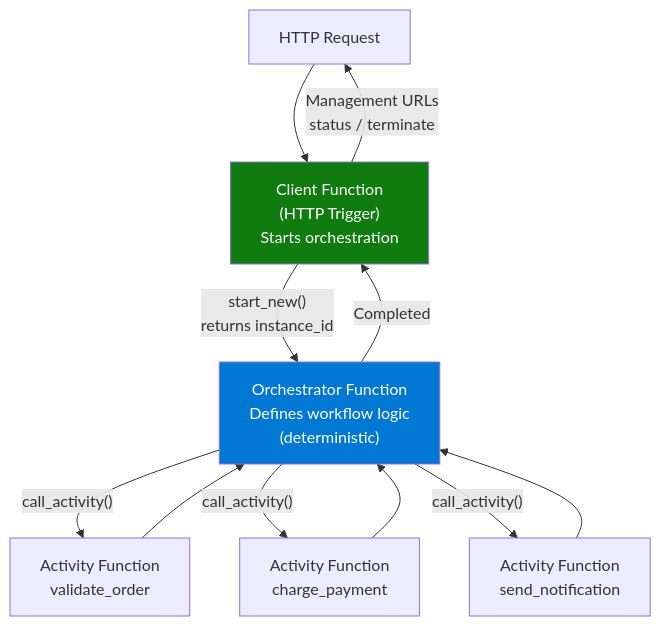
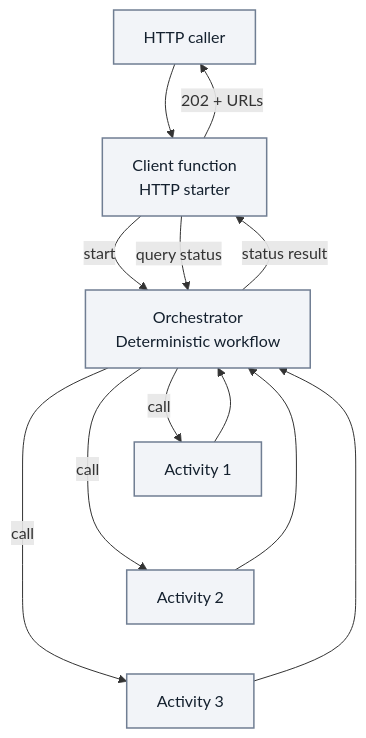
The first of 4 diagrams in docs/language-guides/python/recipes/durable-orchestration.md (yeongseon/azure-functions-practical-guide), drawn with Mermaid before and after one commit. The commit also changed other lines of this file, not shown here.

First line of the commit message:
docs(diagrams): improve Python Durable pattern reading maps

````diff
--- a/docs/language-guides/python/recipes/durable-orchestration.md
+++ b/docs/language-guides/python/recipes/durable-orchestration.md
@@ -60,16 +66,21 @@
 ```mermaid
 flowchart TD
-    HTTP["HTTP Request"] --> CL["Client Function\n(HTTP Trigger)\nStarts orchestration"]
-    CL -->|"start_new()\nreturns instance_id"| ORC["Orchestrator Function\nDefines workflow logic\n(deterministic)"]
-    ORC -->|"call_activity()"| A1["Activity Function\nvalidate_order"]
-    ORC -->|"call_activity()"| A2["Activity Function\ncharge_payment"]
-    ORC -->|"call_activity()"| A3["Activity Function\nsend_notification"]
+    accTitle: Durable workflow roles and asynchronous HTTP management
+    accDescr: An HTTP starter starts a deterministic orchestrator and returns management URLs without waiting for completion. The orchestrator calls activities and receives results. A separate status query retrieves orchestration status.
+    HTTP["HTTP caller"] --> CL["Client function<br/>HTTP starter"]
+    CL -->|"start"| ORC["Orchestrator<br/>Deterministic workflow"]
+    ORC -->|"call"| A1["Activity 1"]
+    ORC -->|"call"| A2["Activity 2"]
+    ORC -->|"call"| A3["Activity 3"]
     A1 --> ORC
     A2 --> ORC
     A3 --> ORC
-    ORC -->|"Completed"| CL
-    CL -->|"Management URLs\nstatus / terminate"| HTTP
-
-    style ORC fill:#0078d4,color:#fff
-    style CL fill:#107c10,color:#fff
+    ORC -->|"status result"| CL
+    CL -->|"202 + URLs"| HTTP
+    CL -->|"query status"| ORC
+    %% Layout-only tiers; add no activity calls or execution-order arrows.
+    A1 ~~~ A2
+    A2 ~~~ A3
+    classDef neutral fill:#f2f4f8,stroke:#707e93,stroke-width:1.5px,color:#14202e;
+    class HTTP,CL,ORC,A1,A2,A3 neutral;
 ```
````
